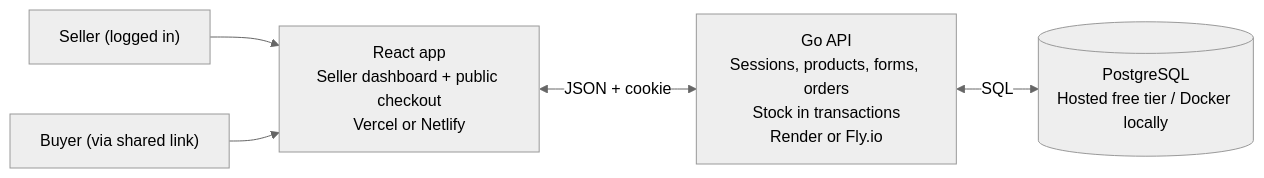
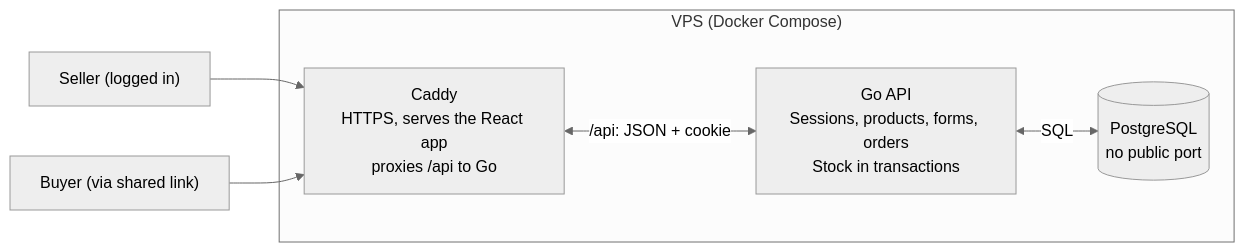
One commit to rafifn/shoplink changed the first of 3 diagrams in docs/design.md. Above: the diagram before and after it, drawn with Mermaid (neutral theme). The commit also changed other lines of this file, not shown here.

First line of the commit message:
docs: switch hosting plan to a single VPS

````diff
--- a/docs/design.md
+++ b/docs/design.md
@@ -74,8 +74,12 @@
 ```mermaid
 flowchart LR
-  Seller["Seller (logged in)"] --> React
-  Buyer["Buyer (via shared link)"] --> React
-  React["React app<br/>Seller dashboard + public checkout<br/>Vercel or Netlify"] <-->|JSON + cookie| API
-  API["Go API<br/>Sessions, products, forms, orders<br/>Stock in transactions<br/>Render or Fly.io"] <-->|SQL| DB
-  DB[("PostgreSQL<br/>Hosted free tier / Docker locally")]
+  Seller["Seller (logged in)"] --> Caddy
+  Buyer["Buyer (via shared link)"] --> Caddy
+  subgraph VPS["VPS (Docker Compose)"]
+    Caddy["Caddy<br/>HTTPS, serves the React app<br/>proxies /api to Go"]
+    API["Go API<br/>Sessions, products, forms, orders<br/>Stock in transactions"]
+    DB[("PostgreSQL<br/>no public port")]
+    Caddy <-->|"/api: JSON + cookie"| API
+    API <-->|SQL| DB
+  end
 ```
````
